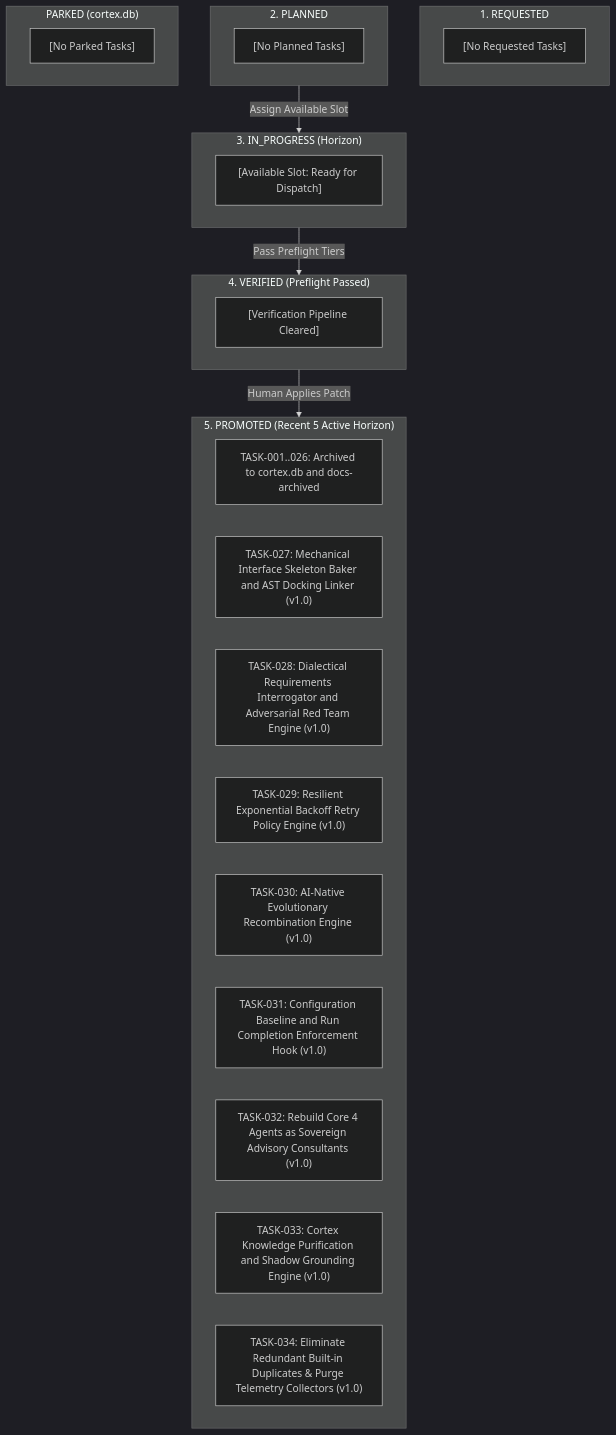
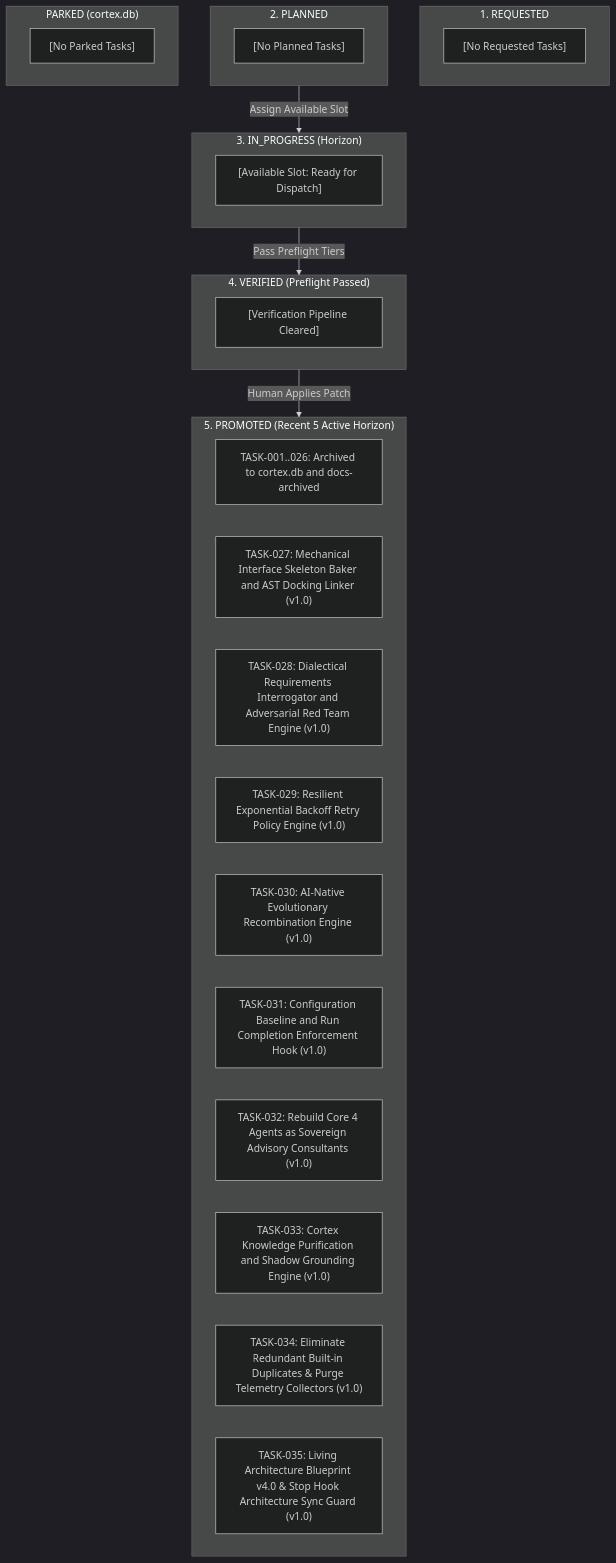
The third of 4 diagrams in docs/active/CURRENT_STATE.md (jinseobhong/antigravity-autopoiesis), drawn with Mermaid (dark theme) before and after one commit. The commit also changed other lines of this file and 3 other files, not shown here.

Commit message:
feat(arch): publish living architecture v4.0 and stop hook architecture sync guard (TASK-035)

````diff
--- a/docs/active/CURRENT_STATE.md
+++ b/docs/active/CURRENT_STATE.md
@@ -122,38 +122,39 @@
 ```mermaid
 flowchart TD
     subgraph ColRequested ["1. REQUESTED"]
         REQ_100["[No Requested Tasks]"]
     end
 
     subgraph ColPlanned ["2. PLANNED"]
         PLN_100["[No Planned Tasks]"]
     end
 
     subgraph ColParked ["PARKED (cortex.db)"]
         PRK_100["[No Parked Tasks]"]
     end
 
     subgraph ColActive ["3. IN_PROGRESS (Horizon)"]
         ACT_100["[Available Slot: Ready for Dispatch]"]
     end
 
     subgraph ColVerified ["4. VERIFIED (Preflight Passed)"]
         VER_100["[Verification Pipeline Cleared]"]
     end
 
     subgraph ColPromoted ["5. PROMOTED (Recent 5 Active Horizon)"]
         PRM_ARCH["TASK-001..026: Archived to cortex.db and docs-archived"]
         PRM_127["TASK-027: Mechanical Interface Skeleton Baker and AST Docking Linker (v1.0)"]
         PRM_128["TASK-028: Dialectical Requirements Interrogator and Adversarial Red Team Engine (v1.0)"]
         PRM_129["TASK-029: Resilient Exponential Backoff Retry Policy Engine (v1.0)"]
         PRM_130["TASK-030: AI-Native Evolutionary Recombination Engine (v1.0)"]
         PRM_131["TASK-031: Configuration Baseline and Run Completion Enforcement Hook (v1.0)"]
         PRM_132["TASK-032: Rebuild Core 4 Agents as Sovereign Advisory Consultants (v1.0)"]
         PRM_133["TASK-033: Cortex Knowledge Purification and Shadow Grounding Engine (v1.0)"]
         PRM_134["TASK-034: Eliminate Redundant Built-in Duplicates & Purge Telemetry Collectors (v1.0)"]
+        PRM_135["TASK-035: Living Architecture Blueprint v4.0 & Stop Hook Architecture Sync Guard (v1.0)"]
     end
 
     ColPlanned -->|"Assign Available Slot"| ColActive
     ColActive -->|"Pass Preflight Tiers"| ColVerified
     ColVerified -->|"Human Applies Patch"| ColPromoted
 ```
````
